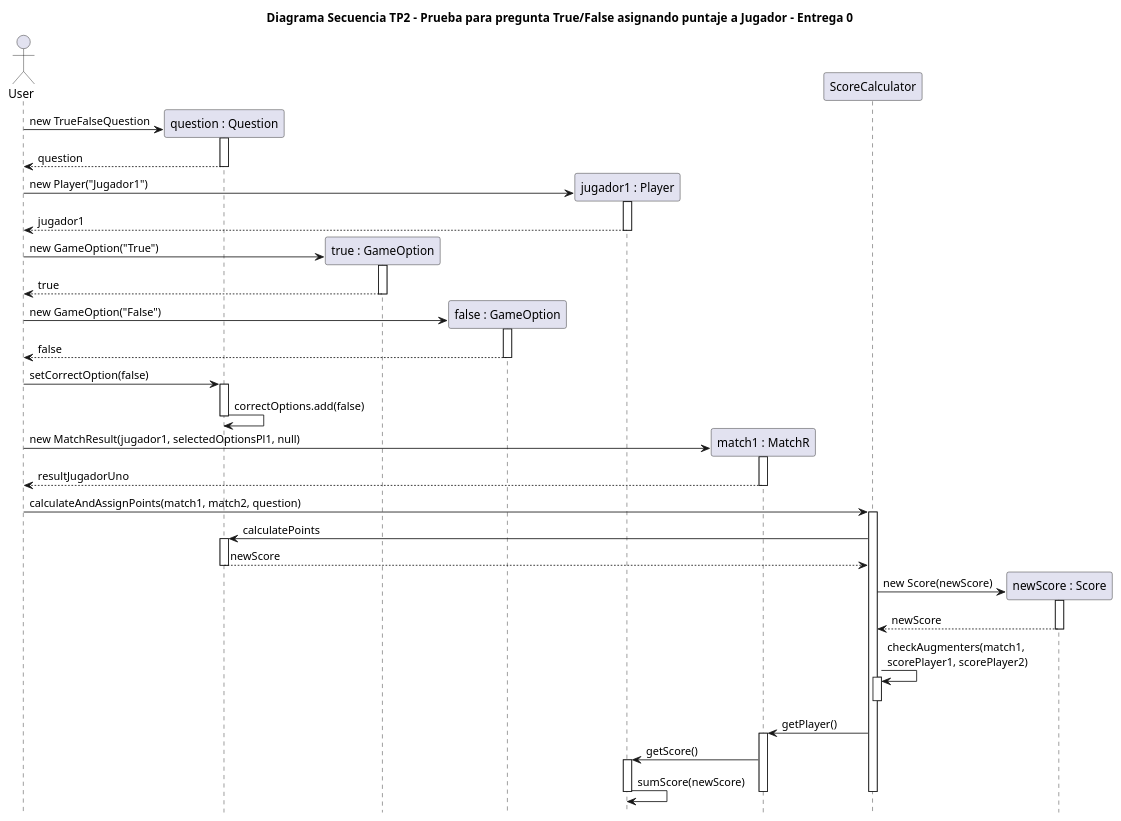
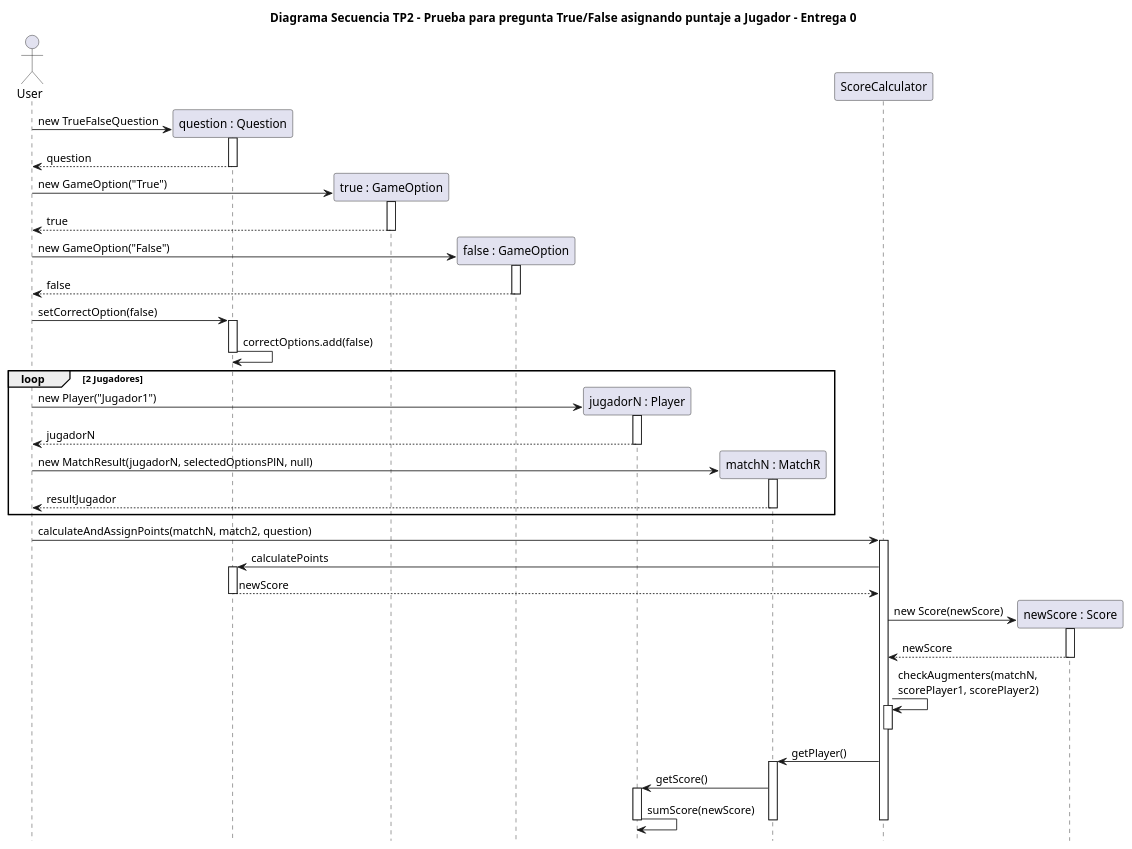
One commit to diegosanchez/TP2-Kahoot changed the diagram in docs/DiagramaSecuencia-PreguntaT-F.plantuml. Above: the diagram before and after it, drawn with PlantUML. The commit also changed 5 other files, not shown here.

```diff
--- a/docs/DiagramaSecuencia-PreguntaT-F.plantuml
+++ b/docs/DiagramaSecuencia-PreguntaT-F.plantuml
@@ -2,76 +2,78 @@
 @startuml
 
 actor User
 title Diagrama Secuencia TP2 - Prueba para pregunta True/False asignando puntaje a Jugador - Entrega 0
 hide footbox
 
 
 participant "question : Question" as question
 
 participant "true : GameOption" as true
 participant "false : GameOption" as false
 
-participant "jugador1 : Player" as jugador1
+participant "jugadorN : Player" as jugadorN
 
 User -> question ** : new TrueFalseQuestion
 activate question
 question --> User : question
 deactivate question
 
-
-User -> jugador1 ** : new Player("Jugador1")
-activate jugador1
-jugador1 --> User : jugador1
-deactivate jugador1
 
 User -> true ** : new GameOption("True")
 activate true 
 true --> User : true
 deactivate true 
 
 User -> false ** : new GameOption("False")
 activate false
 false --> User : false
 deactivate false 
 
 User -> question : setCorrectOption(false)
 activate question
 question -> question : correctOptions.add(false)
 deactivate question
 
-participant "match1 : MatchR" as match1
+loop 2 Jugadores
+User -> jugadorN ** : new Player("Jugador1")
+activate jugadorN
+jugadorN --> User : jugadorN
+deactivate jugadorN
 
-User -> match1 **: new MatchResult(jugador1, selectedOptionsPl1, null)
-activate match1
-match1 --> User : resultJugadorUno
-deactivate match1 
+participant "matchN : MatchR" as matchN
 
-User -> ScoreCalculator : calculateAndAssignPoints(match1, match2, question)
+User -> matchN **: new MatchResult(jugadorN, selectedOptionsPlN, null)
+activate matchN
+matchN --> User : resultJugador
+deactivate matchN 
+end loop
+
+User -> ScoreCalculator : calculateAndAssignPoints(matchN, match2, question)
 activate ScoreCalculator
 
 participant "newScore : Score" as puntaje
 ScoreCalculator -> question : calculatePoints
 activate question
 question --> ScoreCalculator : newScore
 deactivate question
 
 ScoreCalculator -> puntaje **: new Score(newScore)
 activate puntaje
 puntaje --> ScoreCalculator : newScore
 deactivate puntaje
 
-ScoreCalculator -> ScoreCalculator : checkAugmenters(match1, \nscorePlayer1, scorePlayer2)
+ScoreCalculator -> ScoreCalculator : checkAugmenters(matchN, \nscorePlayer1, scorePlayer2)
 activate ScoreCalculator
 deactivate ScoreCalculator
 
-ScoreCalculator -> match1 : getPlayer()
-activate match1
-match1 -> jugador1 : getScore()
-activate jugador1
-jugador1 -> jugador1 : sumScore(newScore)
-deactivate jugador1
-deactivate match1
+ScoreCalculator -> matchN : getPlayer()
+activate matchN
+matchN -> jugadorN : getScore()
+activate jugadorN
+jugadorN -> jugadorN : sumScore(newScore)
+deactivate jugadorN
+deactivate matchN
 
 deactivate ScoreCalculator
 
 @enduml
```
